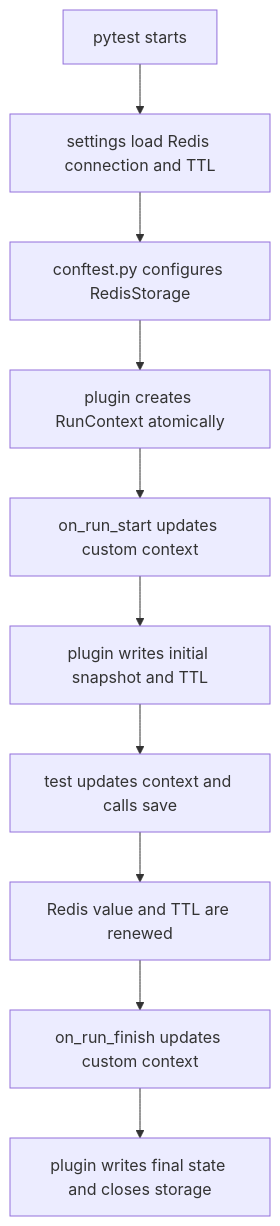
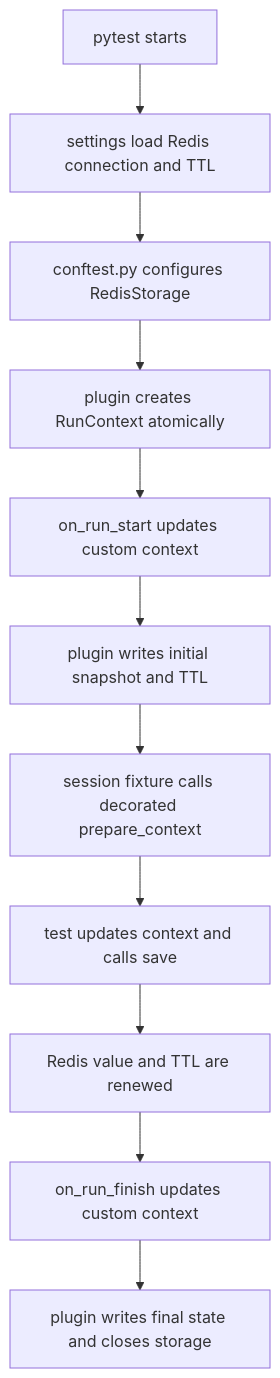
The diagram in examples/redis_storage/README.md (fomenko-ai/pytest-run-context), drawn with Mermaid before and after one commit. The commit also changed 35 other files, not shown here.

````diff
--- a/examples/redis_storage/README.md
+++ b/examples/redis_storage/README.md
@@ -9,12 +9,13 @@
 ```mermaid
 flowchart TD
     A[pytest starts] --> B[settings load Redis connection and TTL]
     B --> C[conftest.py configures RedisStorage]
     C --> D[plugin creates RunContext atomically]
     D --> E[on_run_start updates custom context]
     E --> F[plugin writes initial snapshot and TTL]
-    F --> G[test updates context and calls save]
+    F --> P[session fixture calls decorated prepare_context]
+    P --> G[test updates context and calls save]
     G --> H[Redis value and TTL are renewed]
     H --> I[on_run_finish updates custom context]
     I --> J[plugin writes final state and closes storage]
 ```
````
